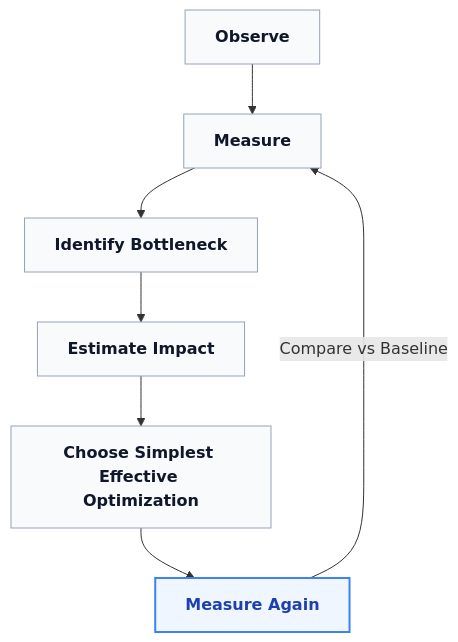
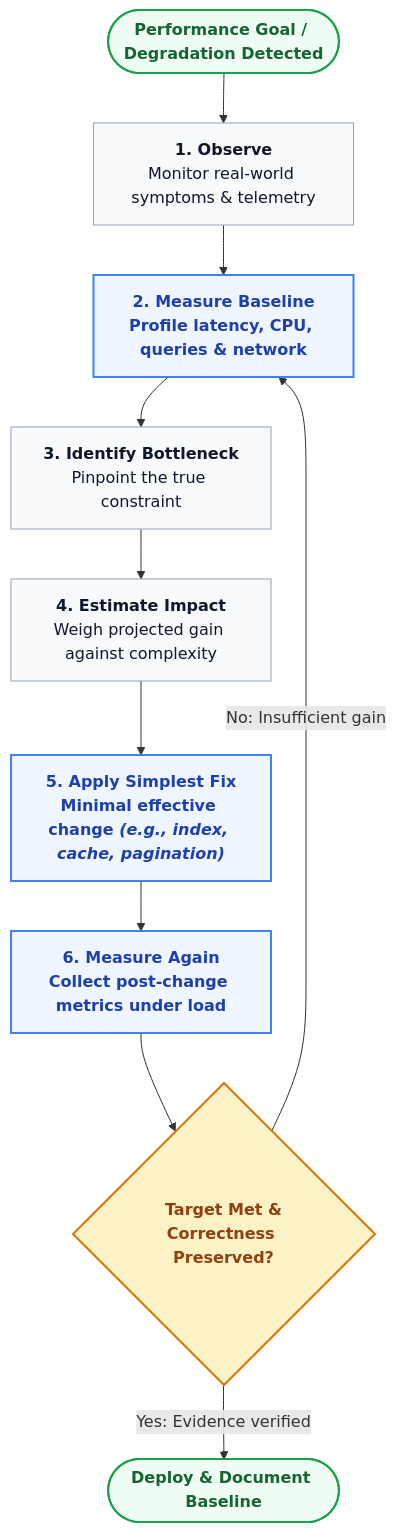
The third of 4 diagrams in docs/architecture/11-Performance-Reliability.md (davidalbertstark-lab/Lenar), drawn with Mermaid before and after one commit. The commit also changed other lines of this file and 28 other files, not shown here.

Commit message:
docs: system-wide diagram redesign for first-instance comprehension

````diff
--- a/docs/architecture/11-Performance-Reliability.md
+++ b/docs/architecture/11-Performance-Reliability.md
@@ -164,22 +168,19 @@
 ```mermaid
 flowchart TD
-    classDef step fill:#f8fafc,stroke:#94a3b8,stroke-width:1px,color:#0f172a,font-weight:bold
-    classDef loop fill:#eff6ff,stroke:#3b82f6,stroke-width:2px,color:#1e40af,font-weight:bold
+    classDef step fill:#f8fafc,stroke:#94a3b8,stroke-width:1px,color:#0f172a
+    classDef action fill:#eff6ff,stroke:#3b82f6,stroke-width:2px,color:#1e40af,font-weight:bold
+    classDef decision fill:#fef3c7,stroke:#d97706,stroke-width:2px,color:#92400e,font-weight:bold
+    classDef terminal fill:#f0fdf4,stroke:#16a34a,stroke-width:2px,color:#166534,font-weight:bold
 
-    O[Observe]
-    M[Measure]
-    IB[Identify Bottleneck]
-    EI[Estimate Impact]
-    CSEO[Choose Simplest Effective Optimization]
-    MA[Measure Again]
-    
-    O --> M
-    M --> IB
-    IB --> EI
-    EI --> CSEO
-    CSEO --> MA
-    MA -->|Compare vs Baseline| M
-    
-    class O,M,IB,EI,CSEO step;
-    class MA loop;
+    Start(["Performance Goal / Degradation Detected"]):::terminal --> Obs["<b>1. Observe</b><br/>Monitor real-world symptoms & telemetry"]:::step
+    Obs --> Measure["<b>2. Measure Baseline</b><br/>Profile latency, CPU, queries & network"]:::action
+    Measure --> Bottleneck["<b>3. Identify Bottleneck</b><br/>Pinpoint the true constraint"]:::step
+    Bottleneck --> Impact["<b>4. Estimate Impact</b><br/>Weigh projected gain against complexity"]:::step
+    Impact --> Optimize["<b>5. Apply Simplest Fix</b><br/>Minimal effective change <i>(e.g., index, cache, pagination)</i>"]:::action
+    Optimize --> Remeasure["<b>6. Measure Again</b><br/>Collect post-change metrics under load"]:::action
+
+    Remeasure --> Eval{"Target Met &<br/>Correctness Preserved?"}:::decision
+
+    Eval -->|No: Insufficient gain| Measure
+    Eval -->|Yes: Evidence verified| Complete(["Deploy & Document Baseline"]):::terminal
 ```
````
